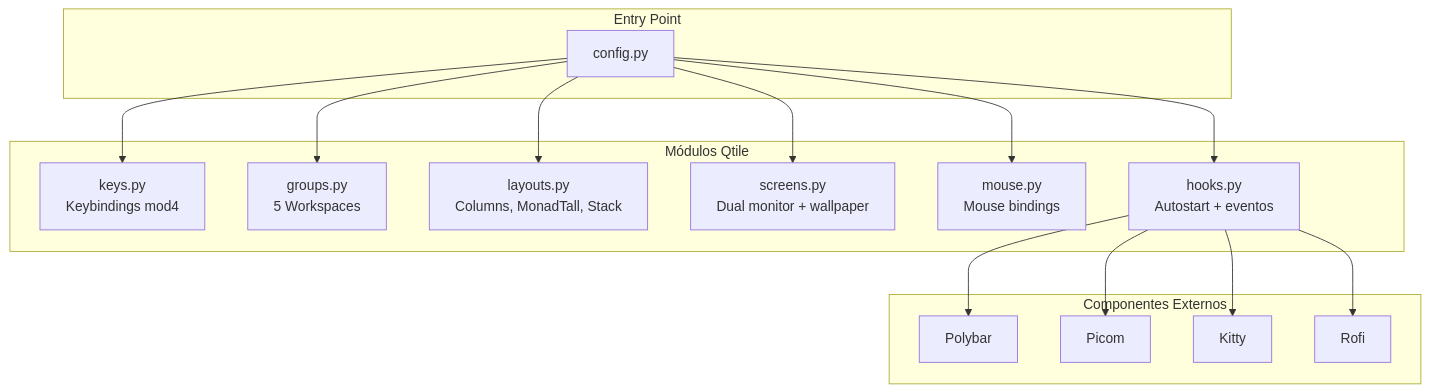
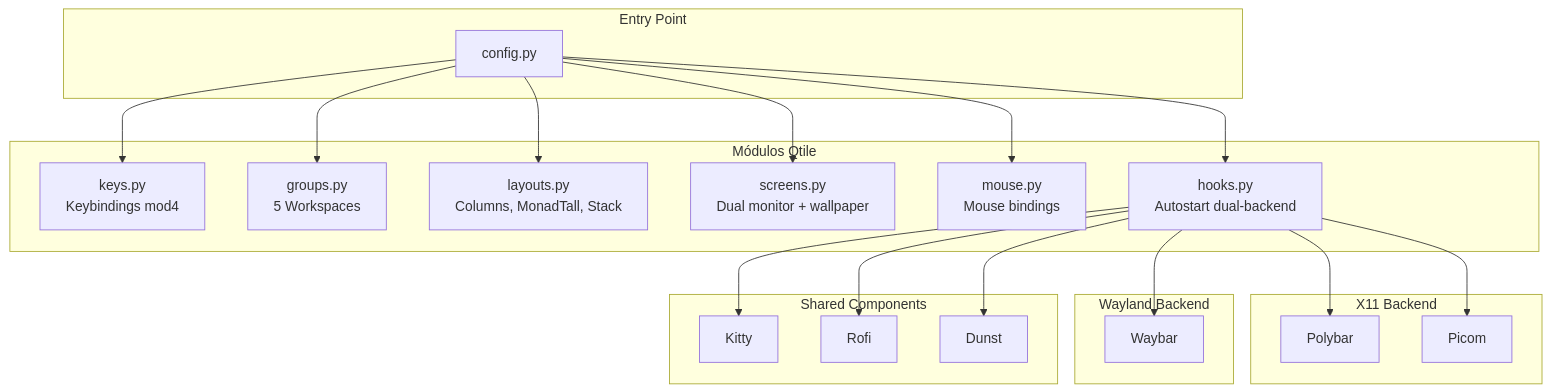
One commit to D4rkDr4gon/dotfiles changed the diagram in docs/configuration/qtile.md. Above: the diagram before and after it, drawn with Mermaid. The commit also changed other lines of this file and 41 other files, not shown here.

````diff
--- a/docs/configuration/qtile.md
+++ b/docs/configuration/qtile.md
@@ -5,33 +14,43 @@
 ```mermaid
 graph TB
     subgraph Entry["Entry Point"]
         CF[config.py]
     end
 
     subgraph Modules["Módulos Qtile"]
         KY[keys.py<br/>Keybindings mod4]
         GR[groups.py<br/>5 Workspaces]
         LY[layouts.py<br/>Columns, MonadTall, Stack]
         SC[screens.py<br/>Dual monitor + wallpaper]
         MO[mouse.py<br/>Mouse bindings]
-        HK[hooks.py<br/>Autostart + eventos]
+        HK[hooks.py<br/>Autostart dual-backend]
     end
 
-    subgraph External["Componentes Externos"]
+    subgraph X11["X11 Backend"]
         PB[Polybar]
         PC[Picom]
+    end
+
+    subgraph Wayland["Wayland Backend"]
+        WB[Waybar]
+    end
+
+    subgraph Shared["Shared Components"]
         KT[Kitty]
         RF[Rofi]
+        DN[Dunst]
     end
 
     CF --> KY
     CF --> GR
     CF --> LY
     CF --> SC
     CF --> MO
     CF --> HK
     HK --> PB
     HK --> PC
+    HK --> WB
     HK --> KT
     HK --> RF
+    HK --> DN
 ```
````
